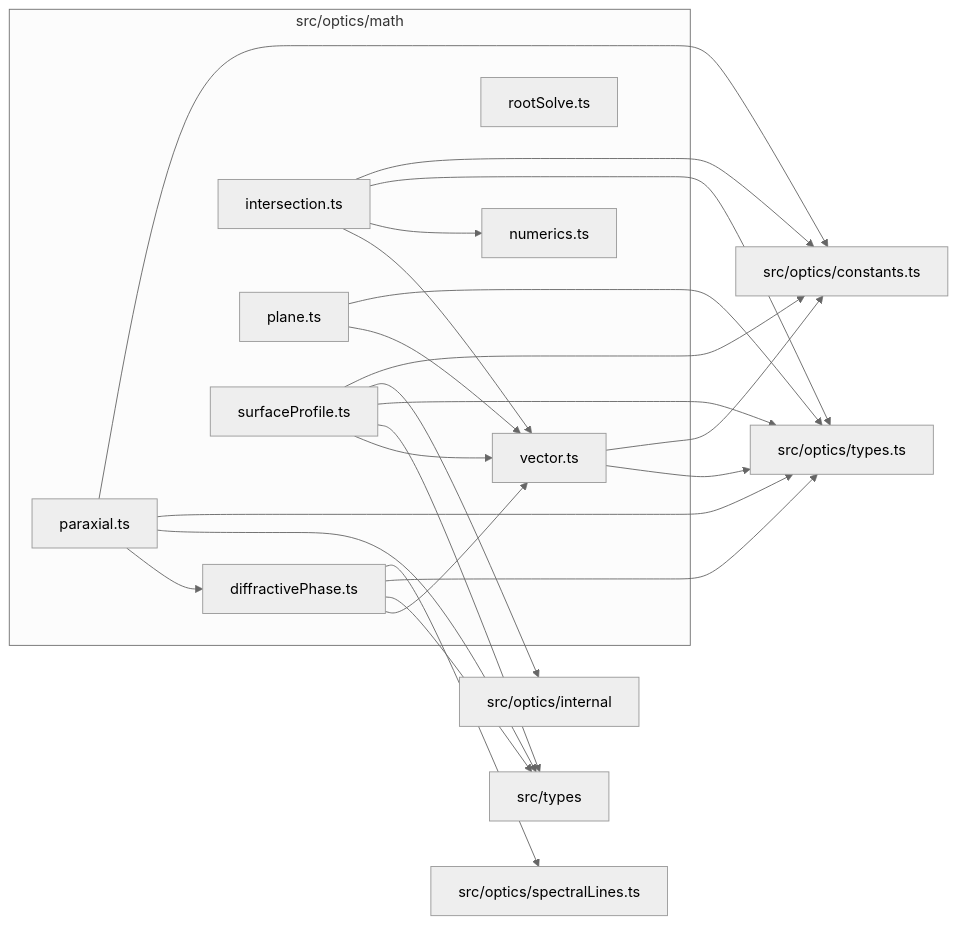
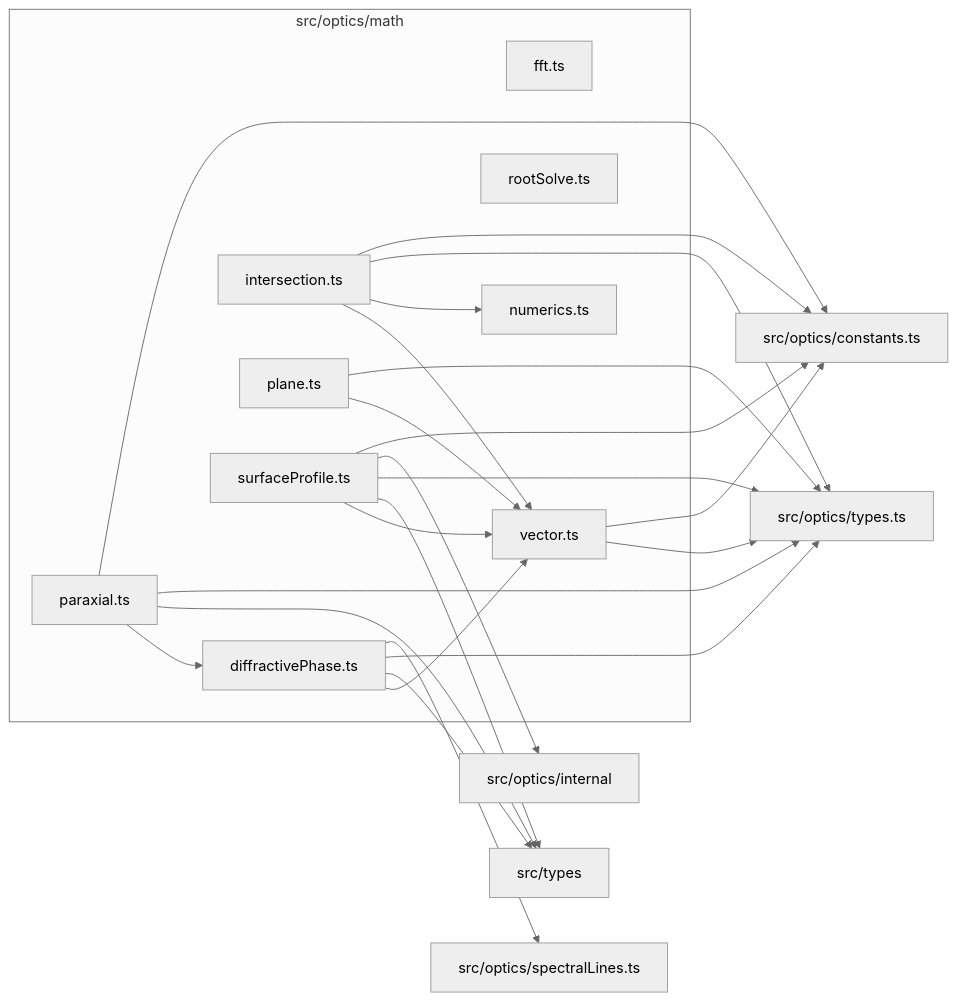
Before and after one commit to ronbuening/LensVisualizer: the diagram in src/optics/math/readme.md, drawn with Mermaid (neutral theme). The commit also changed other lines of this file and 262 other files, not shown here.

Commit message:
Add simulated MTF with manufacturer-style charts, accuracy review and image-plane source audits (#736)

````diff
--- a/src/optics/math/readme.md
+++ b/src/optics/math/readme.md
@@ -9,39 +9,40 @@
 ```mermaid
 flowchart LR
   subgraph n_src_optics_math["src/optics/math"]
     n_src_optics_math_src_optics_math_diffractivePhase_ts["diffractivePhase.ts"]
+    n_src_optics_math_src_optics_math_fft_ts["fft.ts"]
     n_src_optics_math_src_optics_math_intersection_ts["intersection.ts"]
     n_src_optics_math_src_optics_math_numerics_ts["numerics.ts"]
     n_src_optics_math_src_optics_math_paraxial_ts["paraxial.ts"]
     n_src_optics_math_src_optics_math_plane_ts["plane.ts"]
     n_src_optics_math_src_optics_math_rootSolve_ts["rootSolve.ts"]
     n_src_optics_math_src_optics_math_surfaceProfile_ts["surfaceProfile.ts"]
     n_src_optics_math_src_optics_math_vector_ts["vector.ts"]
   end
   n_external_src_optics_constants_ts["src/optics/constants.ts"]
   n_external_src_optics_internal["src/optics/internal"]
   n_external_src_optics_spectralLines_ts["src/optics/spectralLines.ts"]
   n_external_src_optics_types_ts["src/optics/types.ts"]
   n_external_src_types["src/types"]
   n_src_optics_math_src_optics_math_intersection_ts --> n_external_src_optics_constants_ts
   n_src_optics_math_src_optics_math_paraxial_ts --> n_external_src_optics_constants_ts
   n_src_optics_math_src_optics_math_surfaceProfile_ts --> n_external_src_optics_constants_ts
   n_src_optics_math_src_optics_math_vector_ts --> n_external_src_optics_constants_ts
   n_src_optics_math_src_optics_math_surfaceProfile_ts --> n_external_src_optics_internal
   n_src_optics_math_src_optics_math_diffractivePhase_ts --> n_external_src_optics_spectralLines_ts
   n_src_optics_math_src_optics_math_diffractivePhase_ts --> n_external_src_optics_types_ts
   n_src_optics_math_src_optics_math_intersection_ts --> n_external_src_optics_types_ts
   n_src_optics_math_src_optics_math_paraxial_ts --> n_external_src_optics_types_ts
   n_src_optics_math_src_optics_math_plane_ts --> n_external_src_optics_types_ts
   n_src_optics_math_src_optics_math_surfaceProfile_ts --> n_external_src_optics_types_ts
   n_src_optics_math_src_optics_math_vector_ts --> n_external_src_optics_types_ts
   n_src_optics_math_src_optics_math_diffractivePhase_ts --> n_external_src_types
   n_src_optics_math_src_optics_math_paraxial_ts --> n_external_src_types
   n_src_optics_math_src_optics_math_surfaceProfile_ts --> n_external_src_types
   n_src_optics_math_src_optics_math_paraxial_ts --> n_src_optics_math_src_optics_math_diffractivePhase_ts
   n_src_optics_math_src_optics_math_intersection_ts --> n_src_optics_math_src_optics_math_numerics_ts
   n_src_optics_math_src_optics_math_diffractivePhase_ts --> n_src_optics_math_src_optics_math_vector_ts
   n_src_optics_math_src_optics_math_intersection_ts --> n_src_optics_math_src_optics_math_vector_ts
   n_src_optics_math_src_optics_math_plane_ts --> n_src_optics_math_src_optics_math_vector_ts
   n_src_optics_math_src_optics_math_surfaceProfile_ts --> n_src_optics_math_src_optics_math_vector_ts
 ```
````
